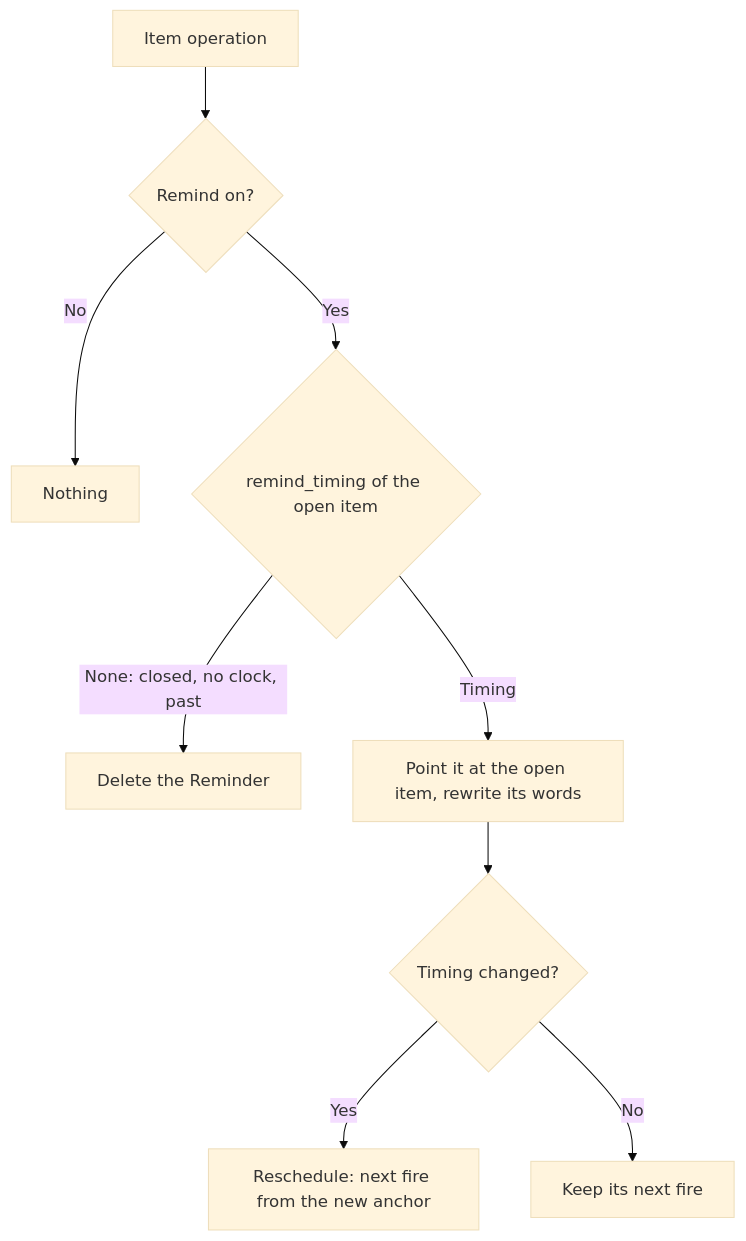
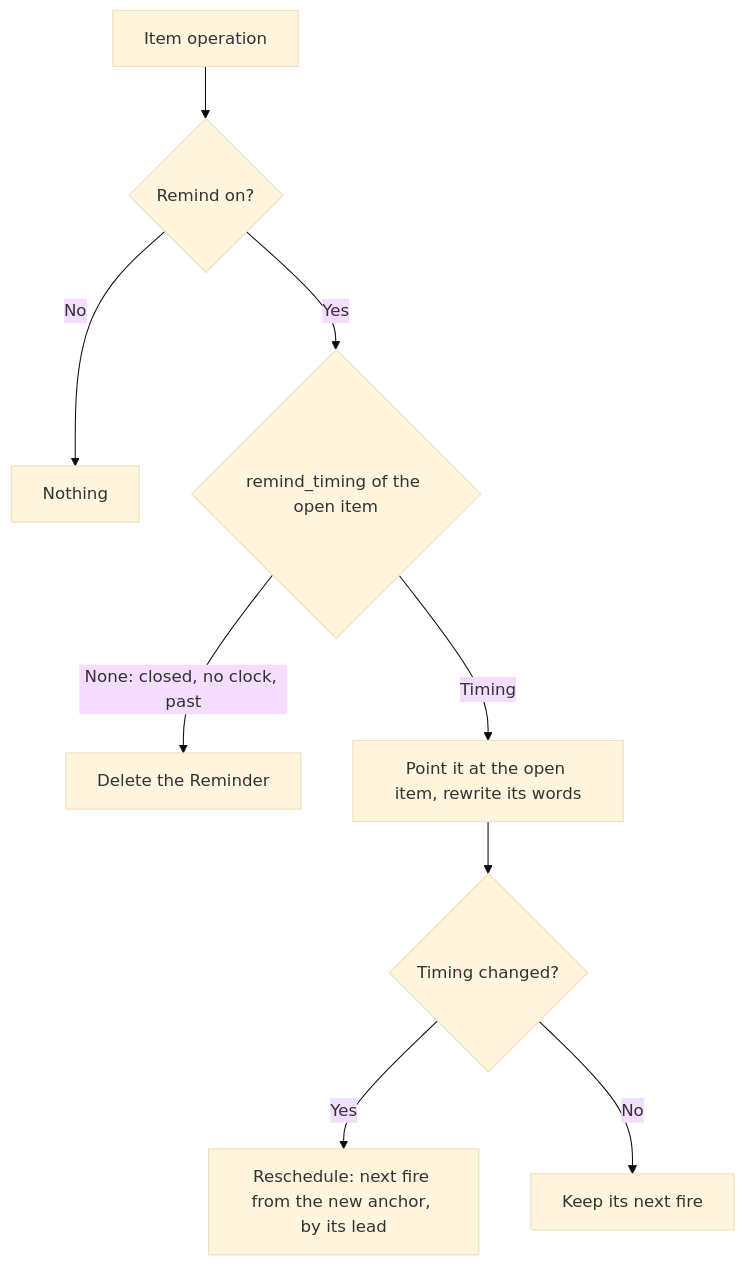
Before and after one commit to myvaheed/tg-ai-safwa: the third of 3 diagrams in docs/SCHEDULES.md, drawn with Mermaid (base theme). The commit also changed other lines of this file and 27 other files, not shown here.

````diff
--- a/docs/SCHEDULES.md
+++ b/docs/SCHEDULES.md
@@ -294,11 +324,11 @@
 ```mermaid
 flowchart TD
     A[Item operation] --> B{Remind on?}
     B -->|No| Z[Nothing]
     B -->|Yes| C{remind_timing of the open item}
     C -->|None: closed, no clock, past| D[Delete the Reminder]
     C -->|Timing| E[Point it at the open item, rewrite its words]
     E --> F{Timing changed?}
-    F -->|Yes| G[Reschedule: next fire from the new anchor]
+    F -->|Yes| G[Reschedule: next fire from the new anchor, by its lead]
     F -->|No| H[Keep its next fire]
 ```
````
